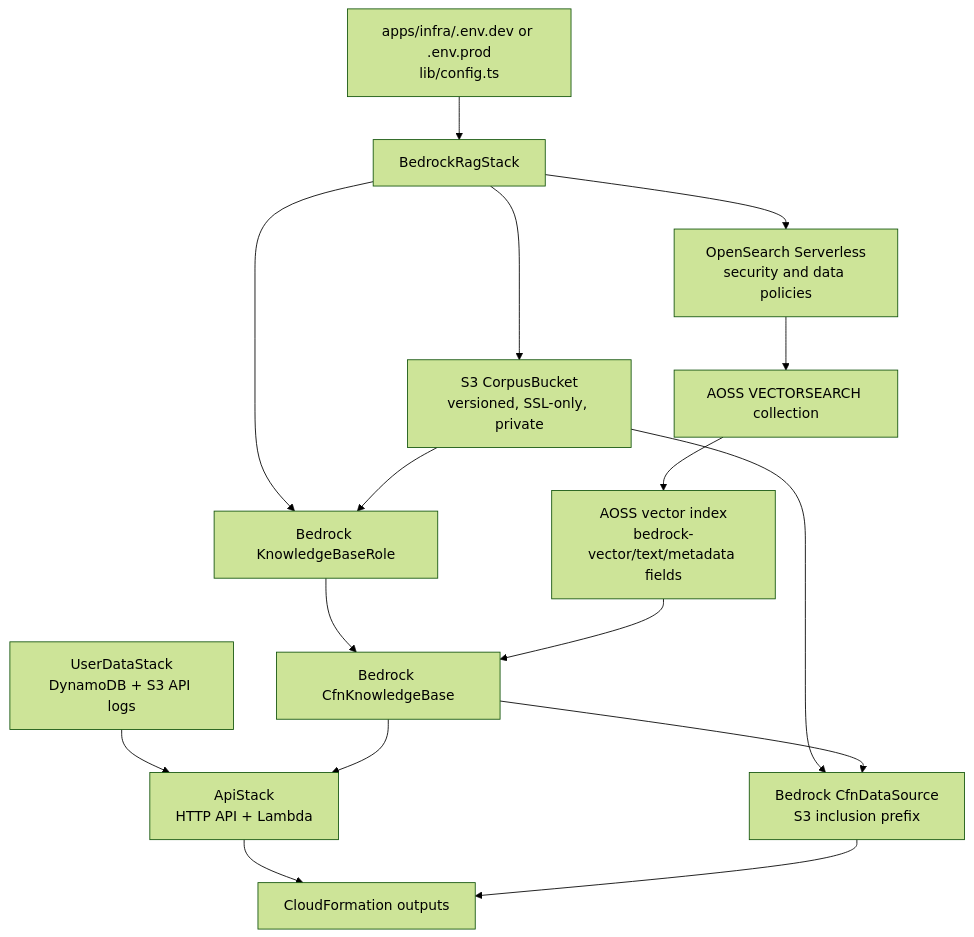
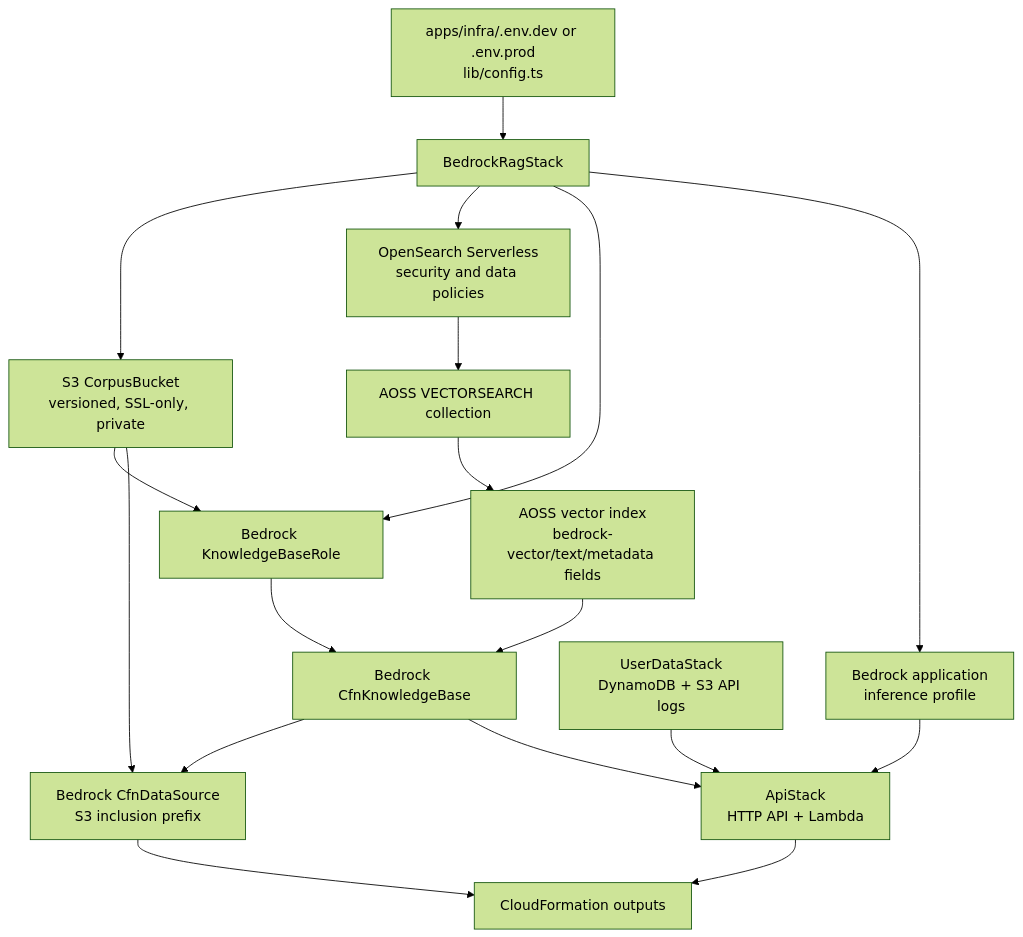
Before and after one commit to ava-collins/simple-tarot: the second of 3 diagrams in docs/bedrock_rag_api_integration.md, drawn with Mermaid (forest theme). The commit also changed other lines of this file and 7 other files, not shown here.

````diff
--- a/docs/bedrock_rag_api_integration.md
+++ b/docs/bedrock_rag_api_integration.md
@@ -175,31 +174,34 @@
 ```mermaid
 flowchart TB
     Config["apps/infra/.env.dev or .env.prod<br/>lib/config.ts"]
     Stack["BedrockRagStack"]
     Bucket["S3 CorpusBucket<br/>versioned, SSL-only, private"]
     Policies["OpenSearch Serverless<br/>security and data policies"]
     Collection["AOSS VECTORSEARCH collection"]
     Index["AOSS vector index<br/>bedrock-vector/text/metadata fields"]
     Role["Bedrock KnowledgeBaseRole"]
     KB["Bedrock CfnKnowledgeBase"]
     DS["Bedrock CfnDataSource<br/>S3 inclusion prefix"]
+    Profile["Bedrock application<br/>inference profile"]
     UserData["UserDataStack<br/>DynamoDB + S3 API logs"]
     APIStack["ApiStack<br/>HTTP API + Lambda"]
     Outputs["CloudFormation outputs"]
 
     Config --> Stack
     Stack --> Bucket
     Stack --> Policies
     Policies --> Collection
     Collection --> Index
     Stack --> Role
     Bucket --> Role
     Role --> KB
     Index --> KB
+    Stack --> Profile
     Bucket --> DS
     KB --> DS
     UserData --> APIStack
     KB --> APIStack
+    Profile --> APIStack
     APIStack --> Outputs
     DS --> Outputs
 ```
````
